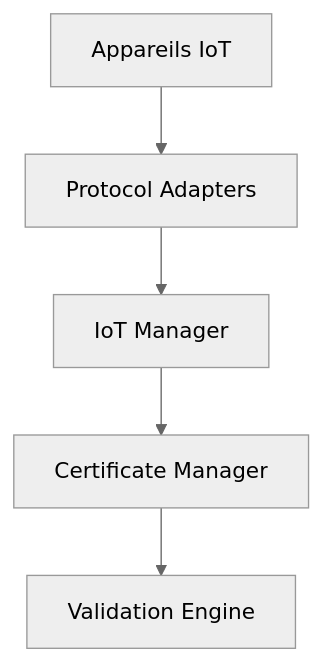
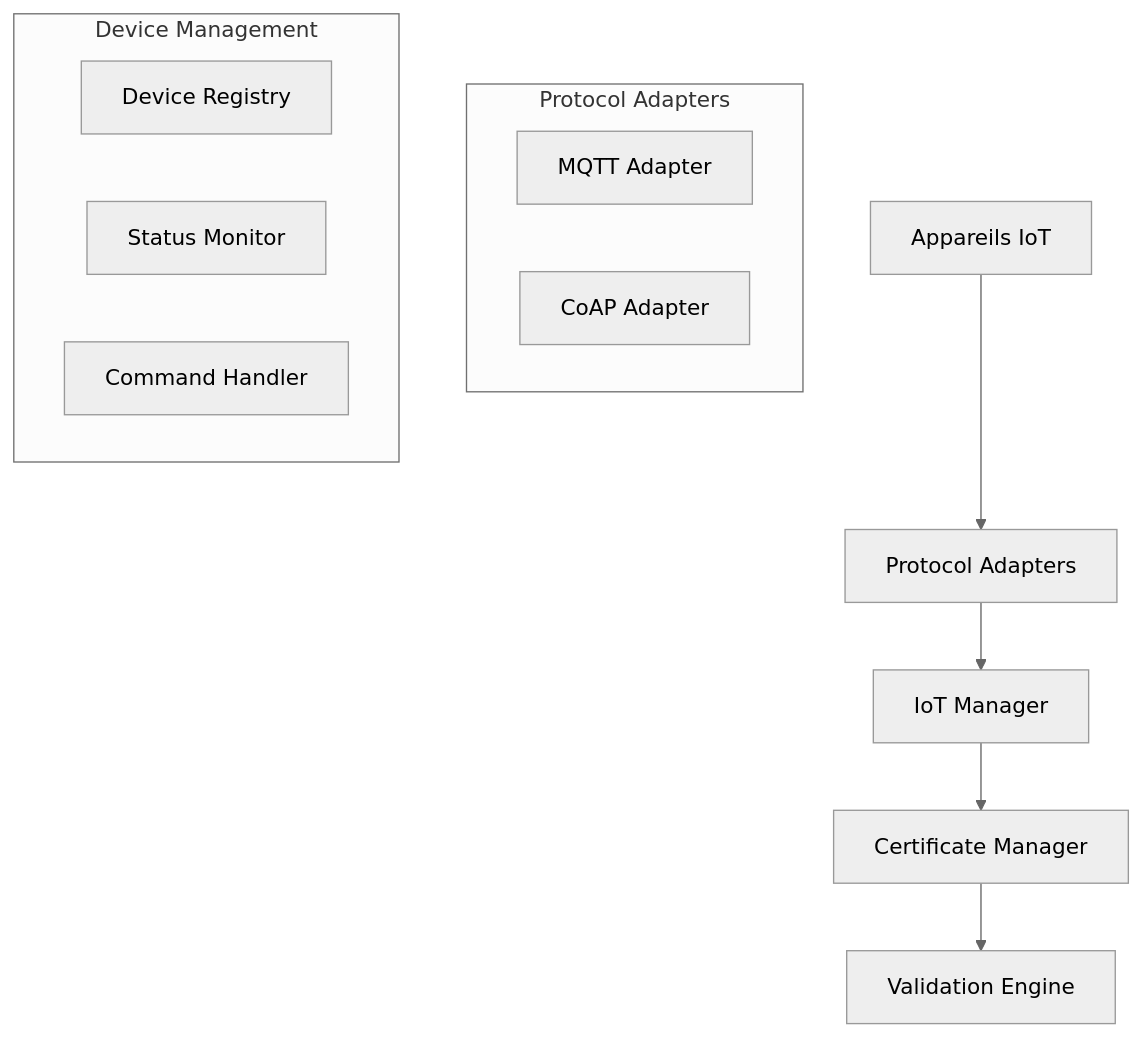
The diagram in docs/IOT.md (nabz0r/universal-ssl-validator), drawn with Mermaid (neutral theme) before and after one commit. The commit also changed other lines of this file, not shown here.

````diff
--- a/docs/IOT.md
+++ b/docs/IOT.md
@@ -20,7 +28,18 @@
 ```mermaid
 graph TD
     A[Appareils IoT] --> B[Protocol Adapters]
     B --> C[IoT Manager]
     C --> D[Certificate Manager]
     D --> E[Validation Engine]
+    
+    subgraph Protocol Adapters
+        B1[MQTT Adapter]
+        B2[CoAP Adapter]
+    end
+
+    subgraph Device Management
+        C1[Device Registry]
+        C2[Status Monitor]
+        C3[Command Handler]
+    end
 ```
````
